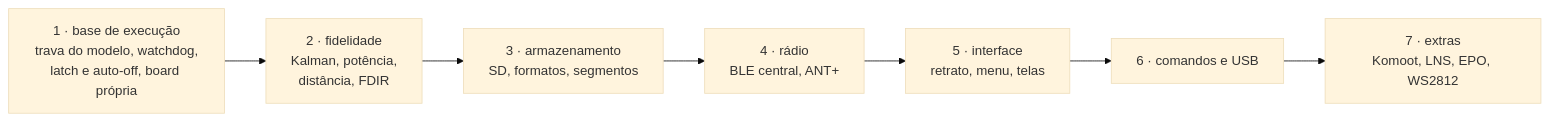
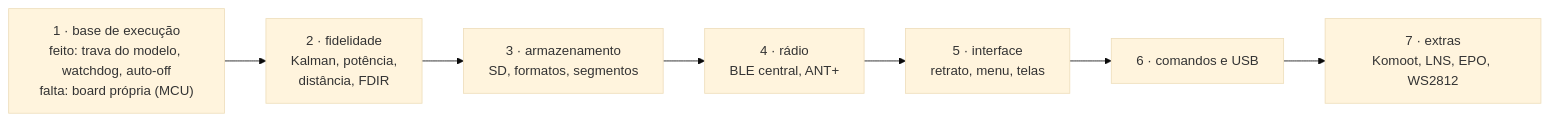
The second of 2 diagrams in CLAUDE.md (Guiimartinho/gnss-bike-computer), drawn with Mermaid (base theme) before and after one commit. The commit also changed other lines of this file and 2 other files, not shown here.

Commit message:
docs(docs): update the project state after phase 1
Phase 1 of the roadmap is done except the board of its own, which
waits for the choice of the MCU. Say so in the README, in CLAUDE.md
and in the roadmap of the status document, where the phase gets a
"partial" colour.

````diff
--- a/CLAUDE.md
+++ b/CLAUDE.md
@@ -95,9 +95,9 @@
 ```mermaid
 flowchart LR
-    A["1 · base de execução<br/>trava do modelo, watchdog,<br/>latch e auto-off, board própria"] --> B["2 · fidelidade<br/>Kalman, potência,<br/>distância, FDIR"]
+    A["1 · base de execução<br/>feito: trava do modelo, watchdog, auto-off<br/>falta: board própria (MCU)"] --> B["2 · fidelidade<br/>Kalman, potência,<br/>distância, FDIR"]
     B --> C["3 · armazenamento<br/>SD, formatos, segmentos"]
     C --> D["4 · rádio<br/>BLE central, ANT+"]
     D --> E["5 · interface<br/>retrato, menu, telas"]
     E --> F["6 · comandos e USB"]
     F --> G["7 · extras<br/>Komoot, LNS, EPO, WS2812"]
 ```
````
